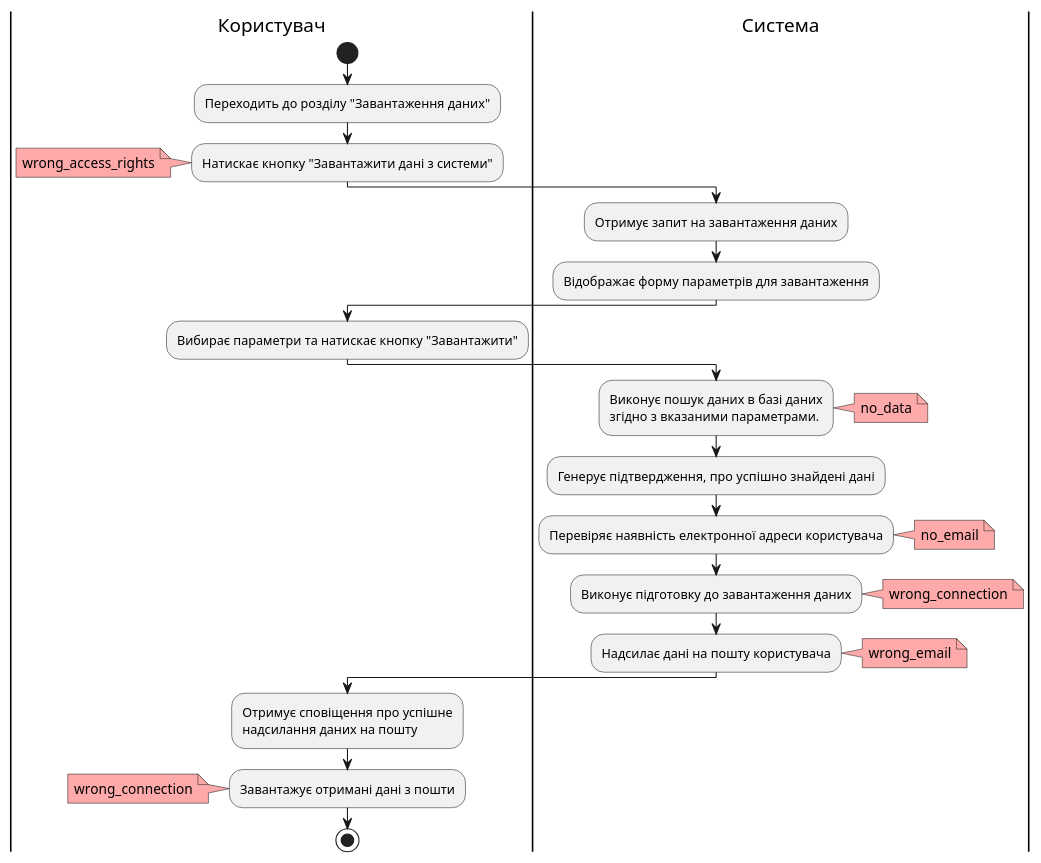
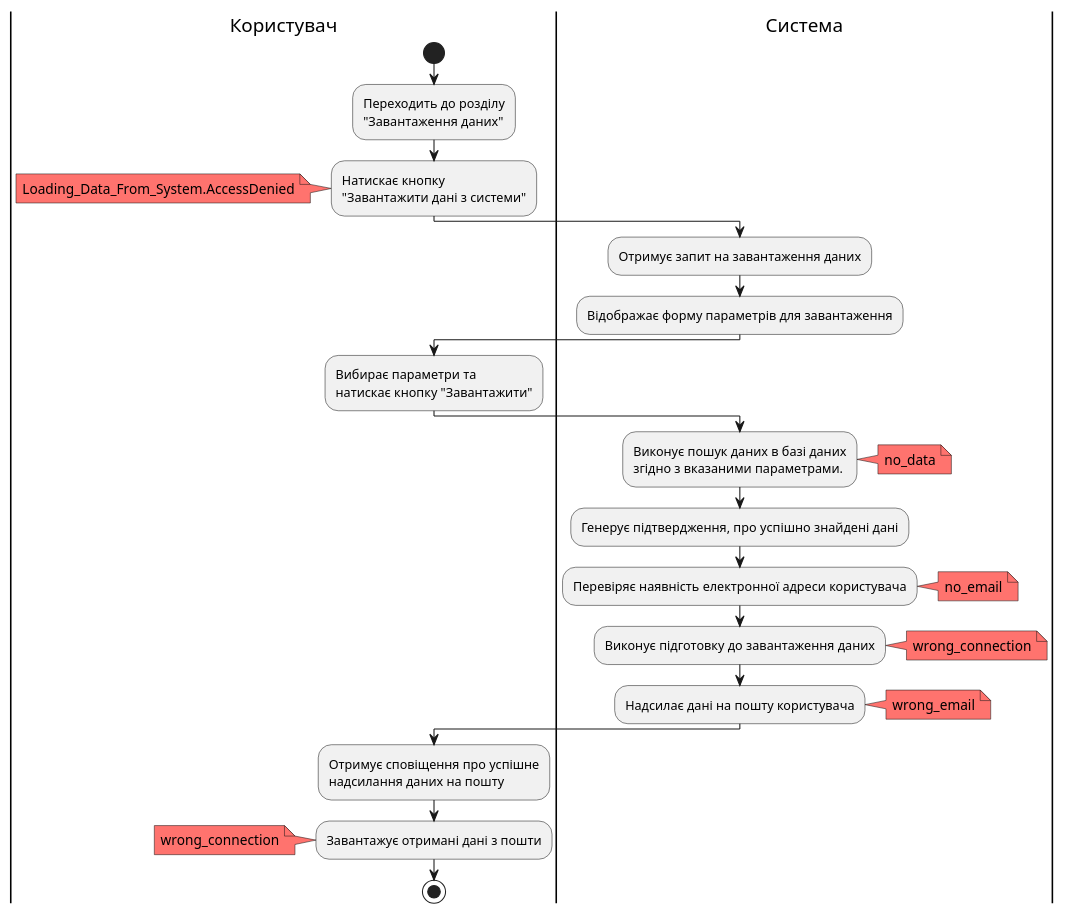
One commit to nonGratis/retarder-io-23-3 changed diagram 13 of 18 in docs/use cases/README.md. Above: the diagram before and after it, drawn with PlantUML. The commit also changed other lines of this file and 2 other files, not shown here.

````diff
--- a/docs/use cases/README.md
+++ b/docs/use cases/README.md
@@ -161,41 +402,39 @@
-```plantuml
 @startuml
 |Користувач| 
     start
-    :Переходить до розділу "Завантаження даних";
-    :Натискає кнопку "Завантажити дані з системи";
-    note left #ffaaaa
-    wrong_access_rights
-end note
+    :Переходить до розділу\n"Завантаження даних";
+    :Натискає кнопку\n"Завантажити дані з системи";
+        note left #FF736E
+            Loading_Data_From_System.AccessDenied
+        end note
 |Система|
     :Отримує запит на завантаження даних;
     :Відображає форму параметрів для завантаження;
 |Користувач| 
-    :Вибирає параметри та натискає кнопку "Завантажити";
+    :Вибирає параметри та\nнатискає кнопку "Завантажити";
 |Система| 
     :Виконує пошук даних в базі даних\nзгідно з вказаними параметрами.;
-    note right #ffaaaa
-    no_data
-end note
+        note right #FF736E
+            no_data
+        end note
     :Генерує підтвердження, про успішно знайдені дані;
     :Перевіряє наявність електронної адреси користувача;
-    note right #ffaaaa
-    no_email
-end note
+        note right #FF736E
+            no_email
+        end note
     :Виконує підготовку до завантаження даних;
-    note right #ffaaaa
-    wrong_connection
-end note
+        note right #FF736E
+            wrong_connection
+        end note
     :Надсилає дані на пошту користувача;
-    note right #ffaaaa
-    wrong_email
-end note
+        note right #FF736E
+            wrong_email
+        end note
 |Користувач| 
     :Отримує сповіщення про успішне\nнадсилання даних на пошту;
     :Завантажує отримані дані з пошти;
-    note left #ffaaaa
-    wrong_connection
-end note
+        note left #FF736E
+            wrong_connection
+        end note
     stop
 @enduml
-```
````
